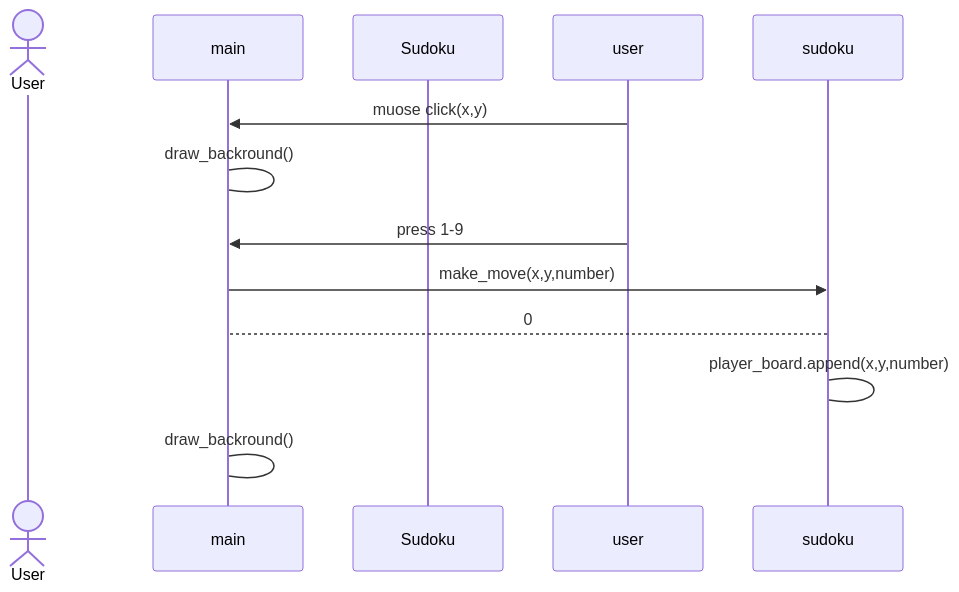
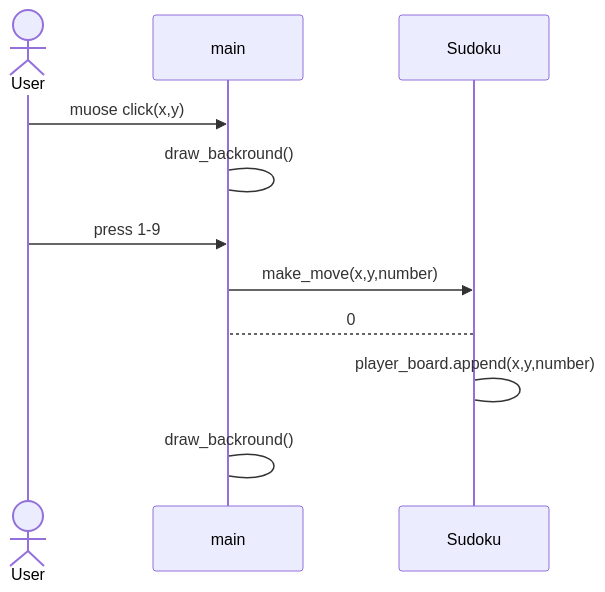
The diagram in dokumentaatio/arkkitehtuuri.md (Nanotiike/ot-harjoitustyo), drawn with Mermaid before and after one commit.

````diff
--- a/dokumentaatio/arkkitehtuuri.md
+++ b/dokumentaatio/arkkitehtuuri.md
@@ -10,13 +10,13 @@
 ```mermaid
 sequenceDiagram
   actor User
   participant main
   participant Sudoku
-  user ->> main: muose click(x,y)
+  User ->> main: muose click(x,y)
   main -> main: draw_backround()
-  user ->> main: press 1-9
-  main ->> sudoku: make_move(x,y,number)
-  sudoku --> main: 0
-  sudoku -> sudoku: player_board.append(x,y,number)
+  User ->> main: press 1-9
+  main ->> Sudoku: make_move(x,y,number)
+  Sudoku --> main: 0
+  Sudoku -> Sudoku: player_board.append(x,y,number)
   main -> main: draw_backround()
 ```
````
